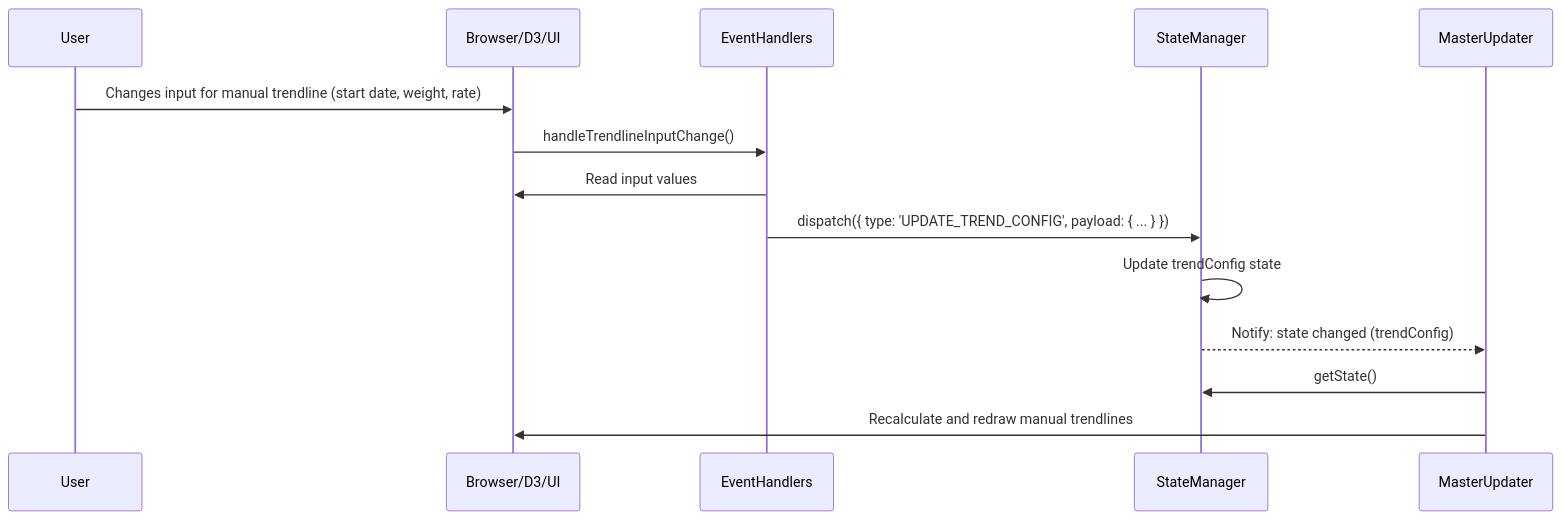
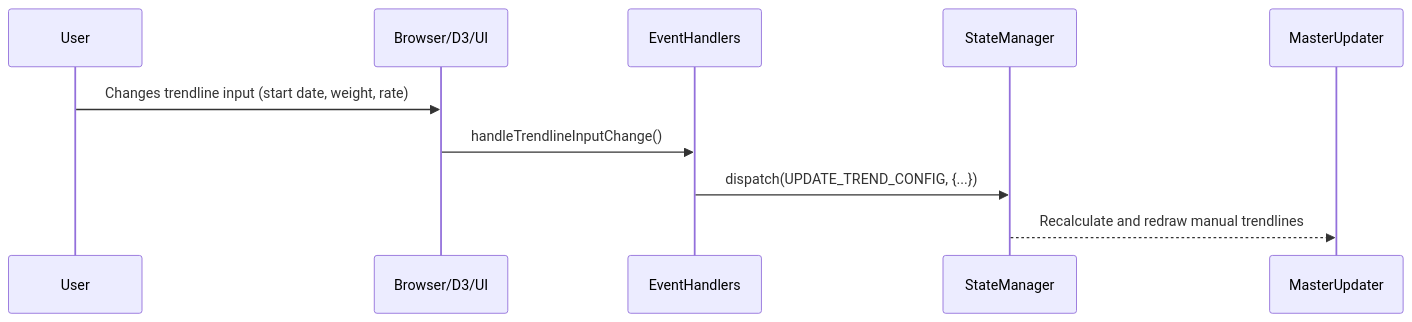
Before and after one commit to tomaszkaliciak/weight-insider: the ninth of 18 diagrams in frontend/docs/program_flow.md, drawn with Mermaid. The commit also changed other lines of this file and 82 other files, not shown here.

````diff
--- a/frontend/docs/program_flow.md
+++ b/frontend/docs/program_flow.md
@@ -248,17 +240,13 @@
 ```mermaid
 sequenceDiagram
     participant User
     participant Browser/D3/UI
     participant EventHandlers
     participant StateManager
     participant MasterUpdater
 
-    User->>Browser/D3/UI: Changes input for manual trendline (start date, weight, rate)
+    User->>Browser/D3/UI: Changes trendline input (start date, weight, rate)
     Browser/D3/UI->>EventHandlers: handleTrendlineInputChange()
-    EventHandlers->>Browser/D3/UI: Read input values
-    EventHandlers->>StateManager: dispatch({ type: 'UPDATE_TREND_CONFIG', payload: { ... } })
-    StateManager->>StateManager: Update trendConfig state
-    StateManager-->>MasterUpdater: Notify: state changed (trendConfig)
-    MasterUpdater->>StateManager: getState()
-    MasterUpdater->>Browser/D3/UI: Recalculate and redraw manual trendlines
+    EventHandlers->>StateManager: dispatch(UPDATE_TREND_CONFIG, {...})
+    StateManager-->>MasterUpdater: Recalculate and redraw manual trendlines
 ```
````
